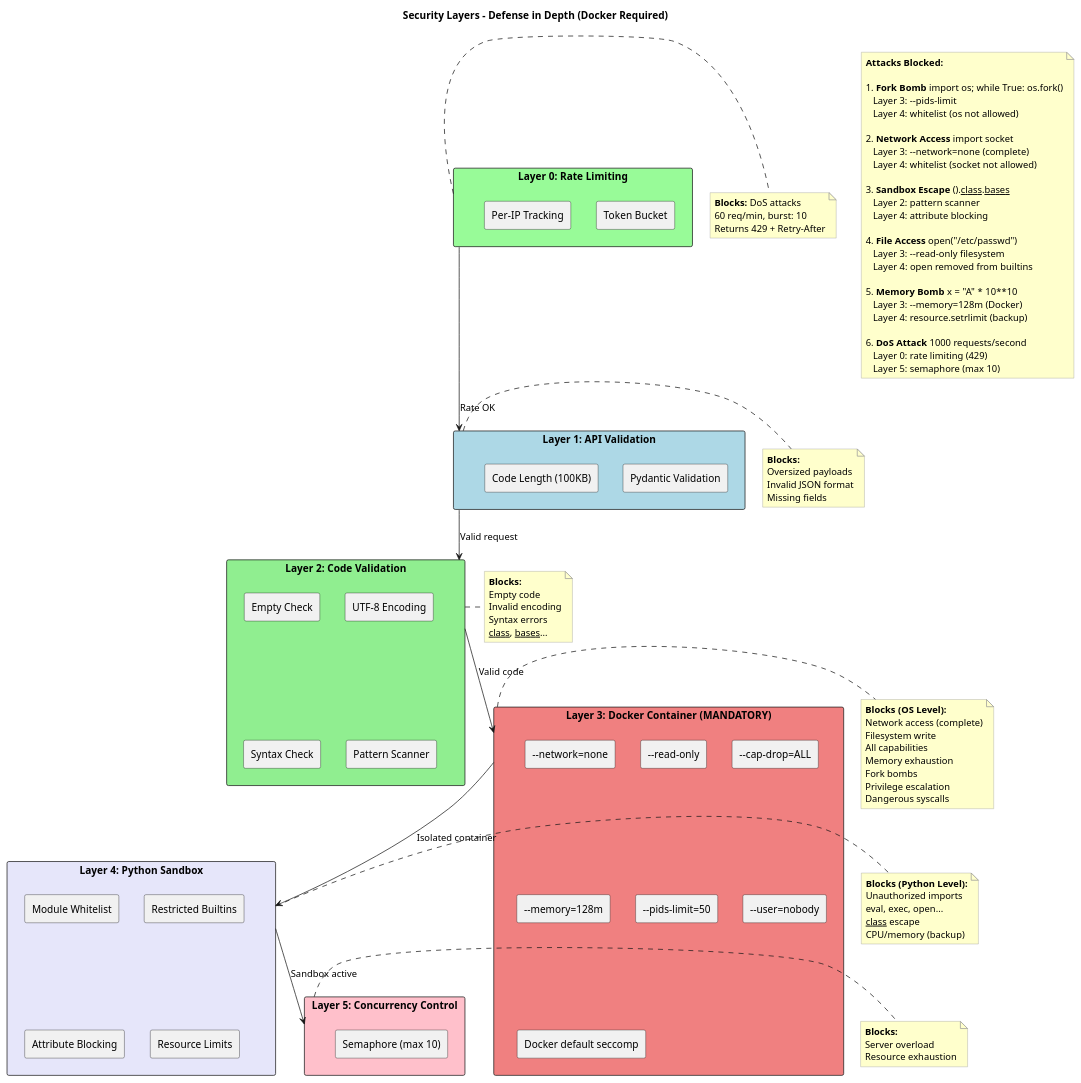
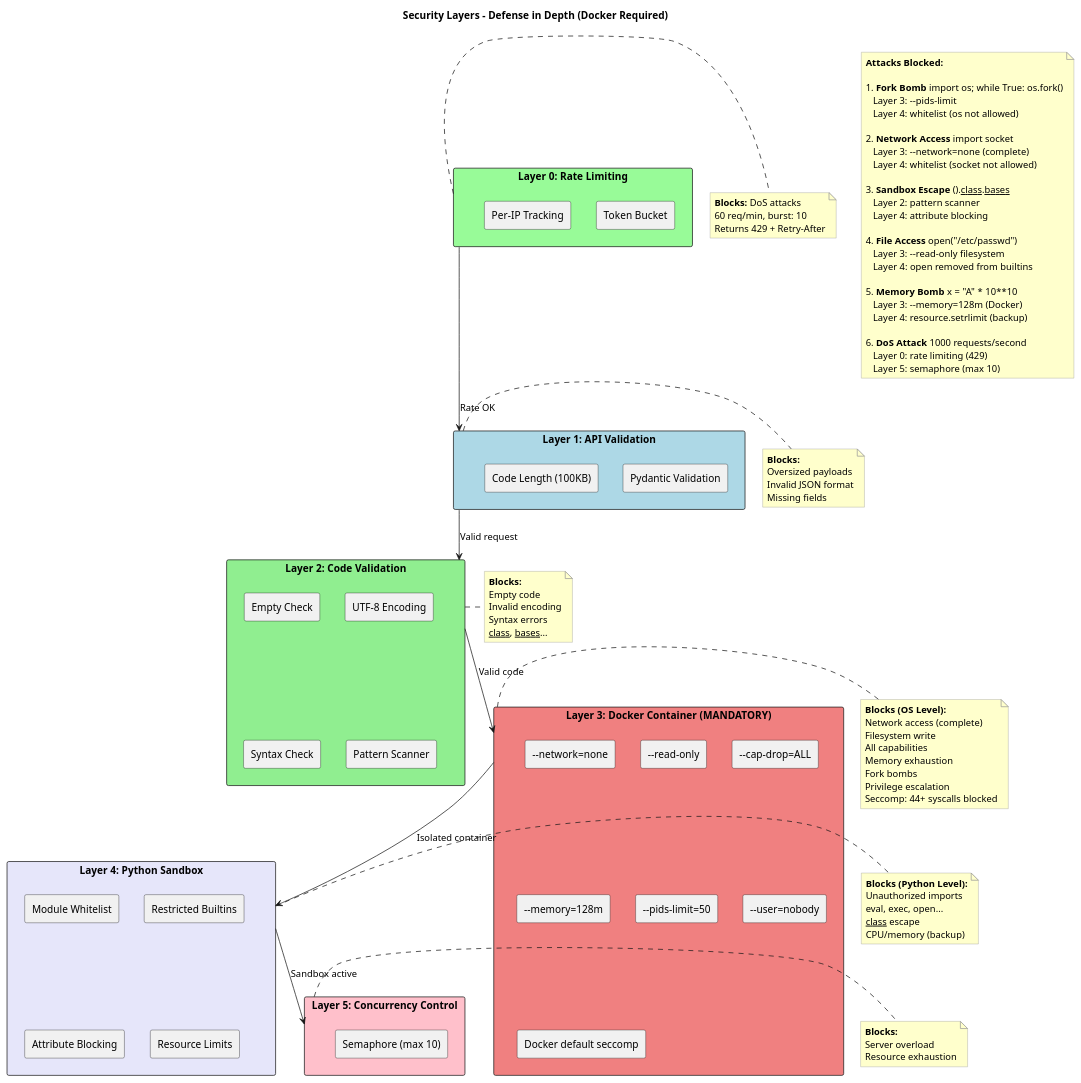
Before and after one commit to huangyingw/rayai-code-sandbox: the diagram in docs/security_layers.puml, drawn with PlantUML.

Commit message:
docs: clarify seccomp blocks 44+ syscalls in security_layers diagram

```diff
--- a/docs/security_layers.puml
+++ b/docs/security_layers.puml
@@ -1,133 +1,133 @@
 @startuml security_layers
 title Security Layers - Defense in Depth (Docker Required)
 skinparam componentStyle rectangle
 skinparam noteBackgroundColor #FFFFCC
 skinparam noteBorderColor #999999
 
 ' ==================== LAYER 0: RATE LIMITING ====================
 rectangle "Layer 0: Rate Limiting" as L0 #PaleGreen {
     component "Token Bucket" as rate_bucket
     component "Per-IP Tracking" as ip_track
 }
 
 note right of L0
   **Blocks:** DoS attacks
   60 req/min, burst: 10
   Returns 429 + Retry-After
 end note
 
 ' ==================== LAYER 1: API VALIDATION ====================
 rectangle "Layer 1: API Validation" as L1 #LightBlue {
     component "Pydantic Validation" as pydantic
     component "Code Length (100KB)" as len_check
 }
 
 note right of L1
   **Blocks:**
   Oversized payloads
   Invalid JSON format
   Missing fields
 end note
 
 ' ==================== LAYER 2: CODE VALIDATION ====================
 rectangle "Layer 2: Code Validation" as L2 #LightGreen {
     component "Empty Check" as empty
     component "UTF-8 Encoding" as encoding
     component "Syntax Check" as syntax
     component "Pattern Scanner" as pattern
 }
 
 note right of L2
   **Blocks:**
   Empty code
   Invalid encoding
   Syntax errors
   __class__, __bases__...
 end note
 
 ' ==================== LAYER 3: DOCKER CONTAINER ====================
 rectangle "Layer 3: Docker Container (MANDATORY)" as L3 #LightCoral {
     component "--network=none" as net_none
     component "--read-only" as read_only
     component "--cap-drop=ALL" as cap_drop
     component "--memory=128m" as mem_limit
     component "--pids-limit=50" as pids_limit
     component "--user=nobody" as user_ns
     component "Docker default seccomp" as seccomp
 }
 
 note right of L3
   **Blocks (OS Level):**
   Network access (complete)
   Filesystem write
   All capabilities
   Memory exhaustion
   Fork bombs
   Privilege escalation
-  Dangerous syscalls
+  Seccomp: 44+ syscalls blocked
 end note
 
 ' ==================== LAYER 4: PYTHON SANDBOX ====================
 rectangle "Layer 4: Python Sandbox" as L4 #Lavender {
     component "Module Whitelist" as whitelist
     component "Restricted Builtins" as builtins
     component "Attribute Blocking" as attr_block
     component "Resource Limits" as res_limits
 }
 
 note right of L4
   **Blocks (Python Level):**
   Unauthorized imports
   eval, exec, open...
   __class__ escape
   CPU/memory (backup)
 end note
 
 ' ==================== LAYER 5: CONCURRENCY ====================
 rectangle "Layer 5: Concurrency Control" as L5 #Pink {
     component "Semaphore (max 10)" as semaphore
 }
 
 note right of L5
   **Blocks:**
   Server overload
   Resource exhaustion
 end note
 
 ' ==================== FLOW ====================
 L0 -down-> L1 : Rate OK
 L1 -down-> L2 : Valid request
 L2 -down-> L3 : Valid code
 L3 -down-> L4 : Isolated container
 L4 -down-> L5 : Sandbox active
 
 ' ==================== ATTACK EXAMPLES ====================
 note as attacks
   **Attacks Blocked:**
 
   1. **Fork Bomb** import os; while True: os.fork()
      Layer 3: --pids-limit
      Layer 4: whitelist (os not allowed)
 
   2. **Network Access** import socket
      Layer 3: --network=none (complete)
      Layer 4: whitelist (socket not allowed)
 
   3. **Sandbox Escape** ().__class__.__bases__
      Layer 2: pattern scanner
      Layer 4: attribute blocking
 
   4. **File Access** open("/etc/passwd")
      Layer 3: --read-only filesystem
      Layer 4: open removed from builtins
 
   5. **Memory Bomb** x = "A" * 10**10
      Layer 3: --memory=128m (Docker)
      Layer 4: resource.setrlimit (backup)
 
   6. **DoS Attack** 1000 requests/second
      Layer 0: rate limiting (429)
      Layer 5: semaphore (max 10)
 end note
 
 @enduml
```
